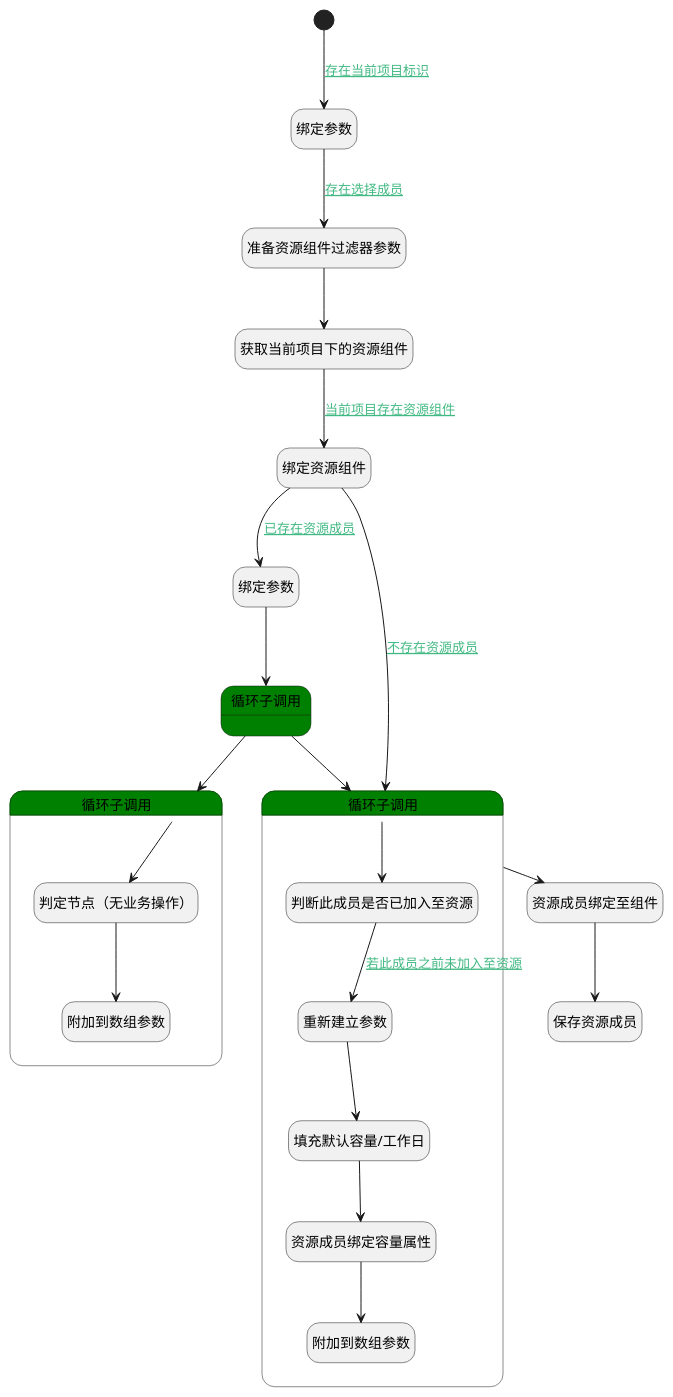
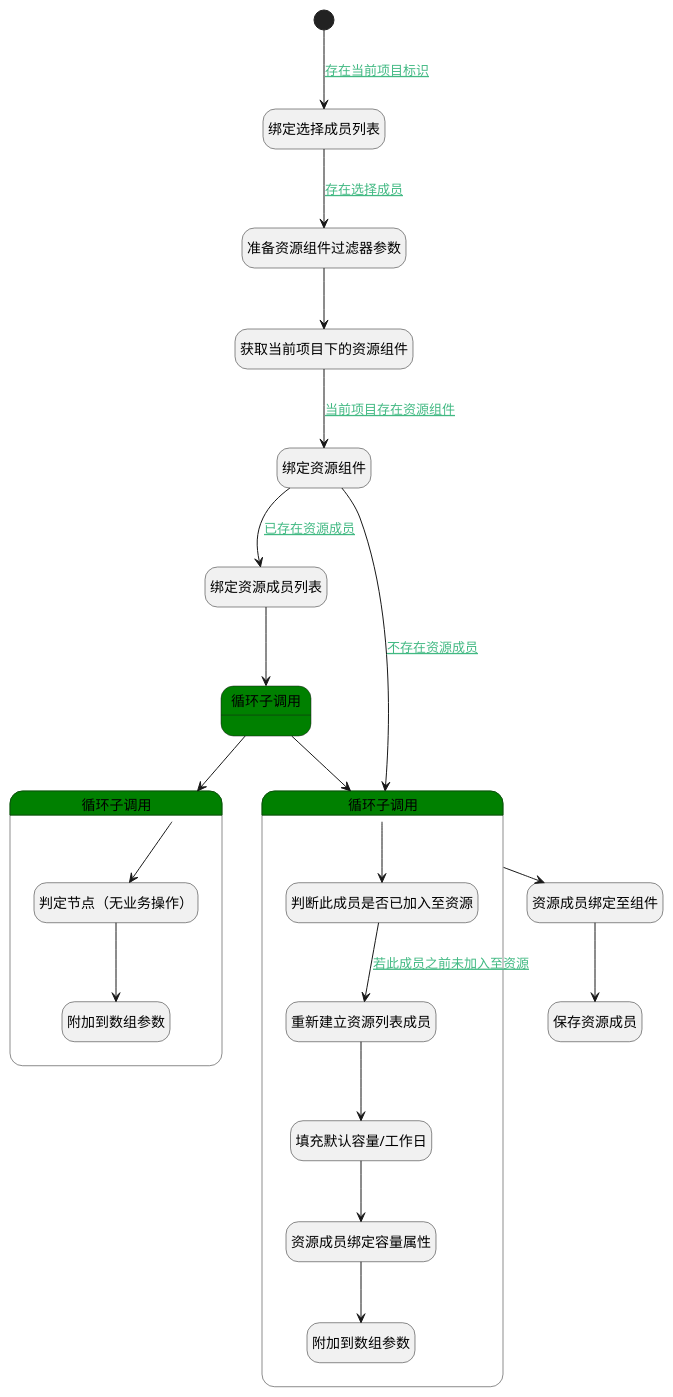
One commit to iBizLab/plm changed the diagram in doc/docsify/module/ProjMgmt/work_item/logic/project_resource_setting.md. Above: the diagram before and after it, drawn with PlantUML. The commit also changed other lines of this file and 1778 other files, not shown here.

````diff
--- a/doc/docsify/module/ProjMgmt/work_item/logic/project_resource_setting.md
+++ b/doc/docsify/module/ProjMgmt/work_item/logic/project_resource_setting.md
@@ -7,55 +7,55 @@
 ```plantuml
 @startuml
 hide empty description
 <style>
 root {
   HyperlinkColor #42b983
 }
 </style>
 
 hide empty description
 state "开始" as Begin <<start>> [[$./project_resource_setting#begin {"开始"}]]
-state "绑定参数" as BINDPARAM1  [[$./project_resource_setting#bindparam1 {"绑定参数"}]]
+state "绑定选择成员列表" as BINDPARAM1  [[$./project_resource_setting#bindparam1 {"绑定选择成员列表"}]]
 state "准备资源组件过滤器参数" as PREPAREPARAM3  [[$./project_resource_setting#prepareparam3 {"准备资源组件过滤器参数"}]]
 state "获取当前项目下的资源组件" as DEDATASET1  [[$./project_resource_setting#dedataset1 {"获取当前项目下的资源组件"}]]
 state "绑定资源组件" as BINDPARAM3  [[$./project_resource_setting#bindparam3 {"绑定资源组件"}]]
-state "绑定参数" as BINDPARAM2  [[$./project_resource_setting#bindparam2 {"绑定参数"}]]
+state "绑定资源成员列表" as BINDPARAM2  [[$./project_resource_setting#bindparam2 {"绑定资源成员列表"}]]
 state "资源成员绑定至组件" as RAWSFCODE3  [[$./project_resource_setting#rawsfcode3 {"资源成员绑定至组件"}]]
 state "保存资源成员" as DEACTION2  [[$./project_resource_setting#deaction2 {"保存资源成员"}]]
 state "循环子调用" as LOOPSUBCALL2  [[$./project_resource_setting#loopsubcall2 {"循环子调用"}]] #green {
 }
 state "循环子调用" as LOOPSUBCALL3  [[$./project_resource_setting#loopsubcall3 {"循环子调用"}]] #green {
 state "判定节点（无业务操作）" as PREPAREPARAM4  [[$./project_resource_setting#prepareparam4 {"判定节点（无业务操作）"}]]
 state "附加到数组参数" as APPENDPARAM2  [[$./project_resource_setting#appendparam2 {"附加到数组参数"}]]
 }
 state "循环子调用" as LOOPSUBCALL1  [[$./project_resource_setting#loopsubcall1 {"循环子调用"}]] #green {
 state "判断此成员是否已加入至资源" as RAWSFCODE4  [[$./project_resource_setting#rawsfcode4 {"判断此成员是否已加入至资源"}]]
-state "重新建立参数" as RENEWPARAM1  [[$./project_resource_setting#renewparam1 {"重新建立参数"}]]
+state "重新建立资源列表成员" as RENEWPARAM1  [[$./project_resource_setting#renewparam1 {"重新建立资源列表成员"}]]
 state "填充默认容量/工作日" as PREPAREPARAM1  [[$./project_resource_setting#prepareparam1 {"填充默认容量/工作日"}]]
 state "资源成员绑定容量属性" as RAWSFCODE2  [[$./project_resource_setting#rawsfcode2 {"资源成员绑定容量属性"}]]
 state "附加到数组参数" as APPENDPARAM1  [[$./project_resource_setting#appendparam1 {"附加到数组参数"}]]
 }
 
 
 Begin --> BINDPARAM1 : [[$./project_resource_setting#begin-bindparam1{存在当前项目标识} 存在当前项目标识]]
 BINDPARAM1 --> PREPAREPARAM3 : [[$./project_resource_setting#bindparam1-prepareparam3{存在选择成员} 存在选择成员]]
 PREPAREPARAM3 --> DEDATASET1
 DEDATASET1 --> BINDPARAM3 : [[$./project_resource_setting#dedataset1-bindparam3{当前项目存在资源组件} 当前项目存在资源组件]]
 BINDPARAM3 --> BINDPARAM2 : [[$./project_resource_setting#bindparam3-bindparam2{已存在资源成员} 已存在资源成员]]
 BINDPARAM2 --> LOOPSUBCALL2
 LOOPSUBCALL2 --> LOOPSUBCALL3
 LOOPSUBCALL3 --> PREPAREPARAM4
 PREPAREPARAM4 --> APPENDPARAM2
 LOOPSUBCALL2 --> LOOPSUBCALL1
 LOOPSUBCALL1 --> RAWSFCODE4
 RAWSFCODE4 --> RENEWPARAM1 : [[$./project_resource_setting#rawsfcode4-renewparam1{若此成员之前未加入至资源} 若此成员之前未加入至资源]]
 RENEWPARAM1 --> PREPAREPARAM1
 PREPAREPARAM1 --> RAWSFCODE2
 RAWSFCODE2 --> APPENDPARAM1
 LOOPSUBCALL1 --> RAWSFCODE3
 RAWSFCODE3 --> DEACTION2
 BINDPARAM3 --> LOOPSUBCALL1 : [[$./project_resource_setting#bindparam3-loopsubcall1{不存在资源成员} 不存在资源成员]]
 
 
 @enduml
 ```
````
